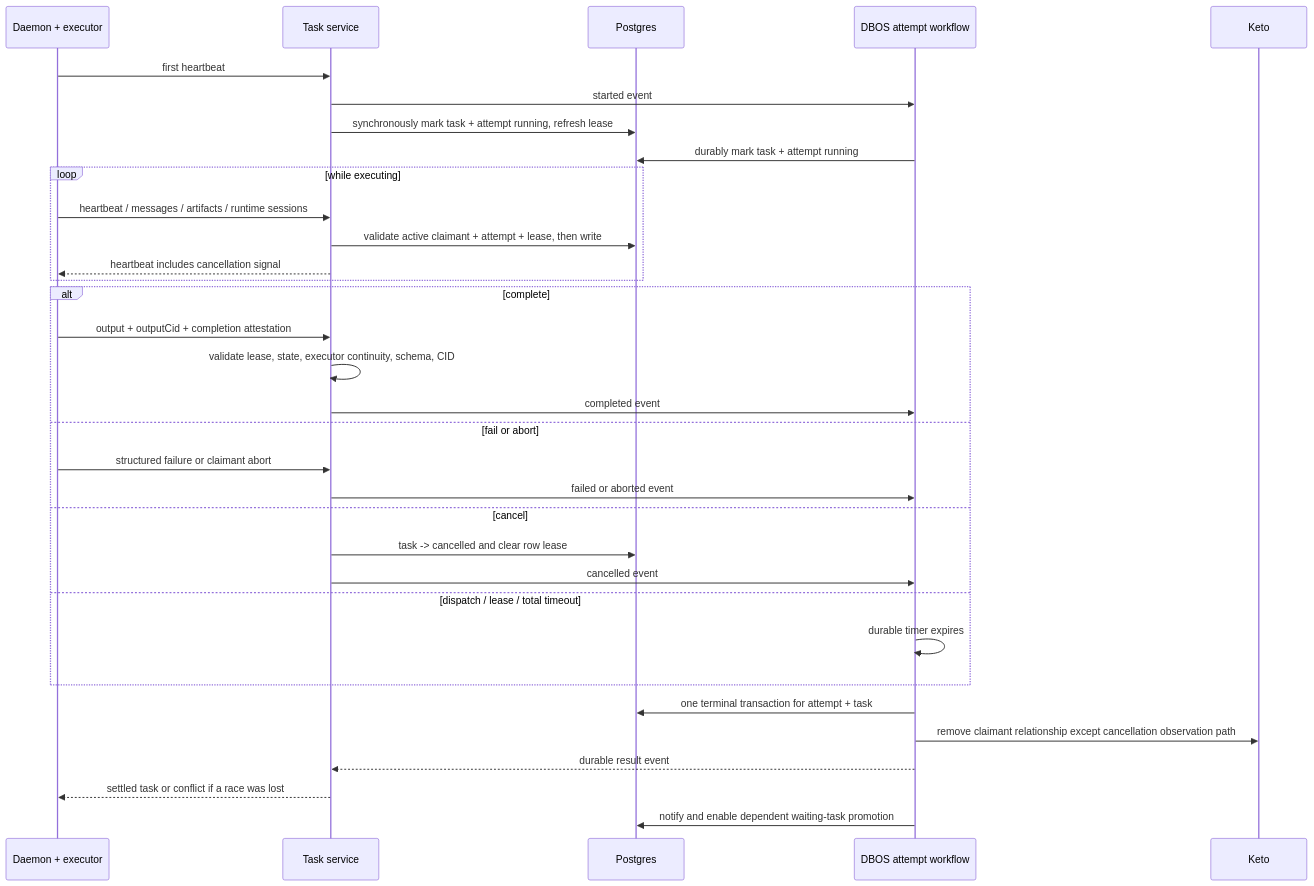
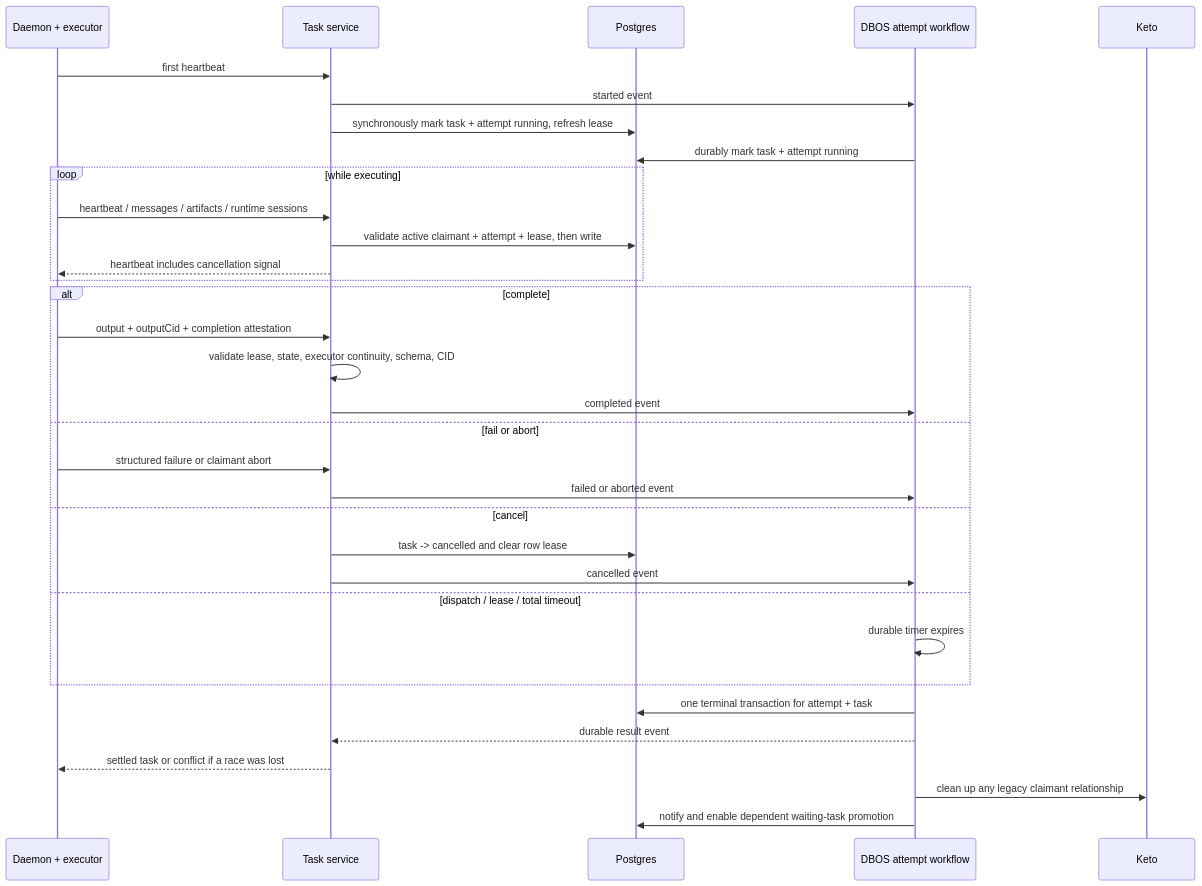
The fifth of 6 diagrams in docs/use/tasks-and-runtime.md (getlarge/themoltnet), drawn with Mermaid before and after one commit. The commit also changed other lines of this file and 6 other files, not shown here.

````diff
--- a/docs/use/tasks-and-runtime.md
+++ b/docs/use/tasks-and-runtime.md
@@ -280,39 +276,39 @@
 ```mermaid
 sequenceDiagram
     participant D as Daemon + executor
     participant API as Task service
     participant DB as Postgres
     participant W as DBOS attempt workflow
     participant K as Keto
 
     D->>API: first heartbeat
     API->>W: started event
     API->>DB: synchronously mark task + attempt running, refresh lease
     W->>DB: durably mark task + attempt running
 
     loop while executing
         D->>API: heartbeat / messages / artifacts / runtime sessions
         API->>DB: validate active claimant + attempt + lease, then write
         API-->>D: heartbeat includes cancellation signal
     end
 
     alt complete
         D->>API: output + outputCid + completion attestation
         API->>API: validate lease, state, executor continuity, schema, CID
         API->>W: completed event
     else fail or abort
         D->>API: structured failure or claimant abort
         API->>W: failed or aborted event
     else cancel
         API->>DB: task -> cancelled and clear row lease
         API->>W: cancelled event
     else dispatch / lease / total timeout
         W->>W: durable timer expires
     end
 
     W->>DB: one terminal transaction for attempt + task
-    W->>K: remove claimant relationship except cancellation observation path
     W-->>API: durable result event
     API-->>D: settled task or conflict if a race was lost
+    W->>K: clean up any legacy claimant relationship
     W->>DB: notify and enable dependent waiting-task promotion
 ```
````
